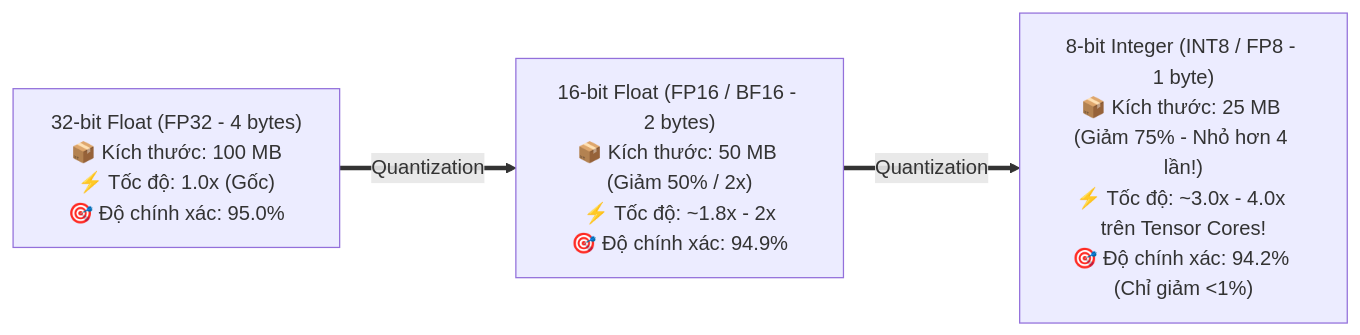
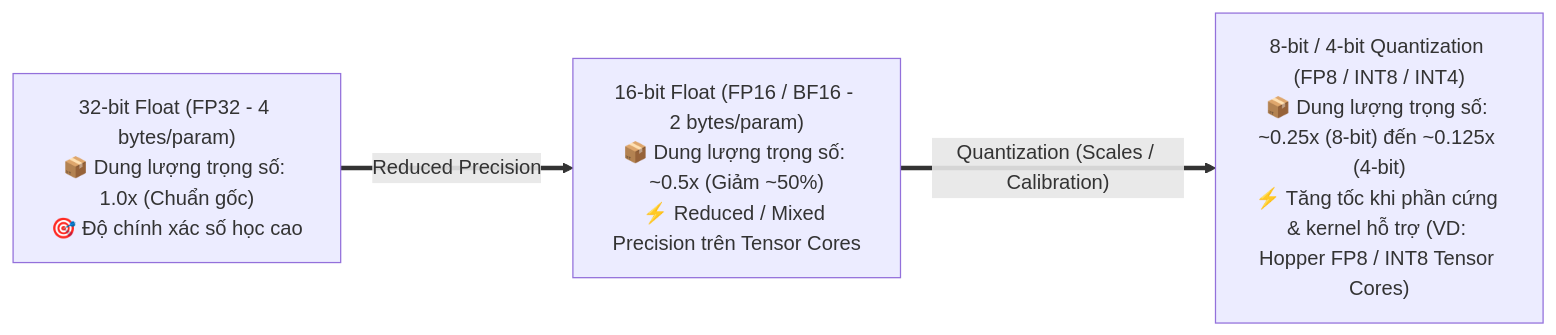
One commit to nxthanh2904/nca-genl changed the fifth of 5 diagrams in Module_07_Model_Training_and_Lifecycle.md. Above: the diagram before and after it, drawn with Mermaid. The commit also changed other lines of this file and 14 other files, not shown here.

````diff
--- a/Module_07_Model_Training_and_Lifecycle.md
+++ b/Module_07_Model_Training_and_Lifecycle.md
@@ -175,10 +178,10 @@
 ```mermaid
 flowchart LR
-    FP32["32-bit Float (FP32 - 4 bytes)<br/>📦 Kích thước: 100 MB<br/>⚡ Tốc độ: 1.0x (Gốc)<br/>🎯 Độ chính xác: 95.0%"]
+    FP32["32-bit Float (FP32 - 4 bytes/param)<br/>📦 Dung lượng trọng số: 1.0x (Chuẩn gốc)<br/>🎯 Độ chính xác số học cao"]
     
-    FP16["16-bit Float (FP16 / BF16 - 2 bytes)<br/>📦 Kích thước: 50 MB (Giảm 50% / 2x)<br/>⚡ Tốc độ: ~1.8x - 2x<br/>🎯 Độ chính xác: 94.9%"]
+    FP16["16-bit Float (FP16 / BF16 - 2 bytes/param)<br/>📦 Dung lượng trọng số: ~0.5x (Giảm ~50%)<br/>⚡ Reduced / Mixed Precision trên Tensor Cores"]
     
-    INT8["8-bit Integer (INT8 / FP8 - 1 byte)<br/>📦 Kích thước: 25 MB (Giảm 75% - Nhỏ hơn 4 lần!)<br/>⚡ Tốc độ: ~3.0x - 4.0x trên Tensor Cores!<br/>🎯 Độ chính xác: 94.2% (Chỉ giảm <1%)"]
+    INT8["8-bit / 4-bit Quantization (FP8 / INT8 / INT4)<br/>📦 Dung lượng trọng số: ~0.25x (8-bit) đến ~0.125x (4-bit)<br/>⚡ Tăng tốc khi phần cứng & kernel hỗ trợ (VD: Hopper FP8 / INT8 Tensor Cores)"]
 
-    FP32 ==>|"Quantization"| FP16 ==>|"Quantization"| INT8
+    FP32 ==>|"Reduced Precision"| FP16 ==>|"Quantization (Scales / Calibration)"| INT8
 ```
````
